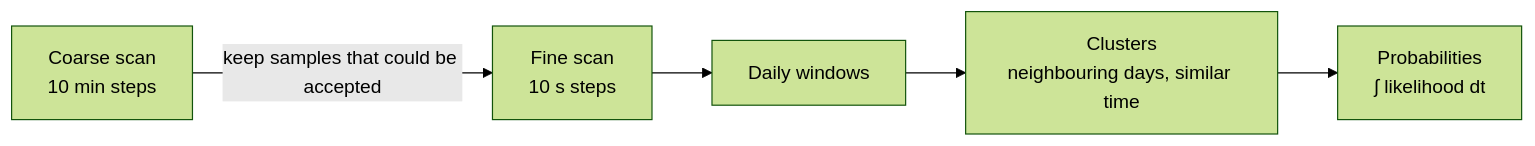
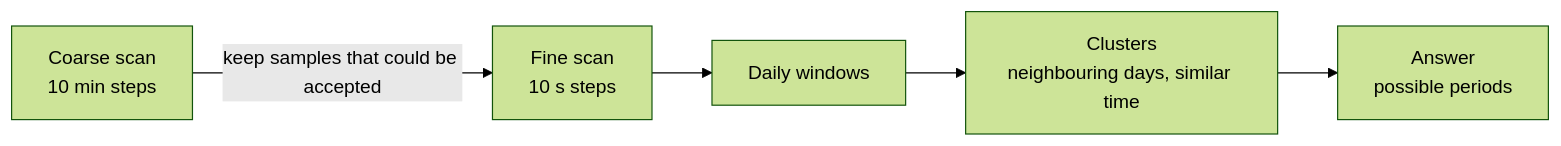
The diagram in docs/concepts/method.md (Ben0x0a/shadow-clock), drawn with Mermaid (forest theme) before and after one commit. The commit also changed other lines of this file and 22 other files, not shown here.

First line of the commit message:
feat: guided flow, declared-tolerance bounds, safe share links

````diff
--- a/docs/concepts/method.md
+++ b/docs/concepts/method.md
@@ -49,7 +52,7 @@
 ```mermaid
 flowchart LR
   A[Coarse scan<br/>10 min steps] -->|keep samples that could be accepted| B[Fine scan<br/>10 s steps]
   B --> C[Daily windows]
   C --> D[Clusters<br/>neighbouring days, similar time]
-  D --> E[Probabilities<br/>∫ likelihood dt]
+  D --> E[Answer<br/>possible periods]
 ```
````
